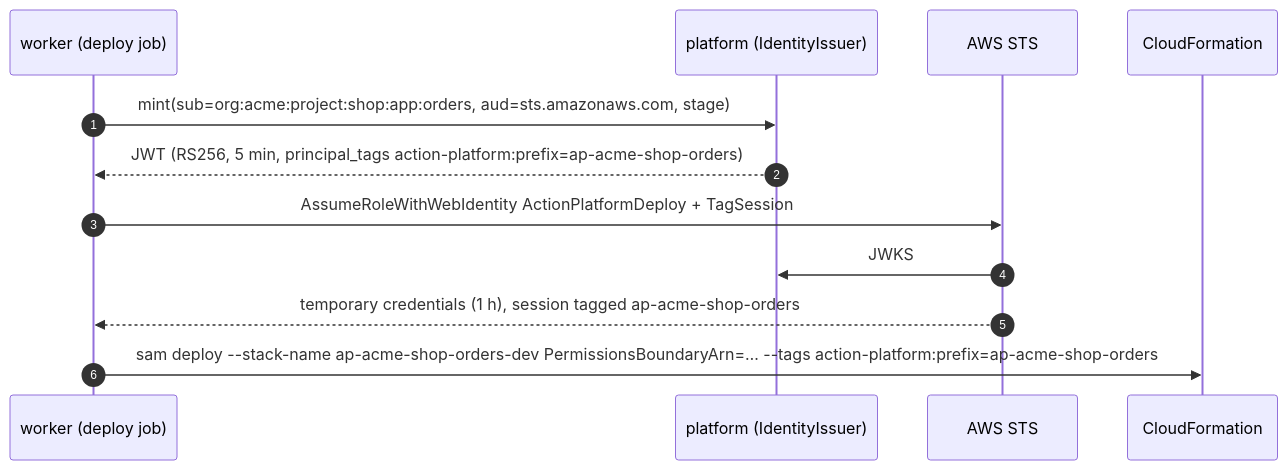
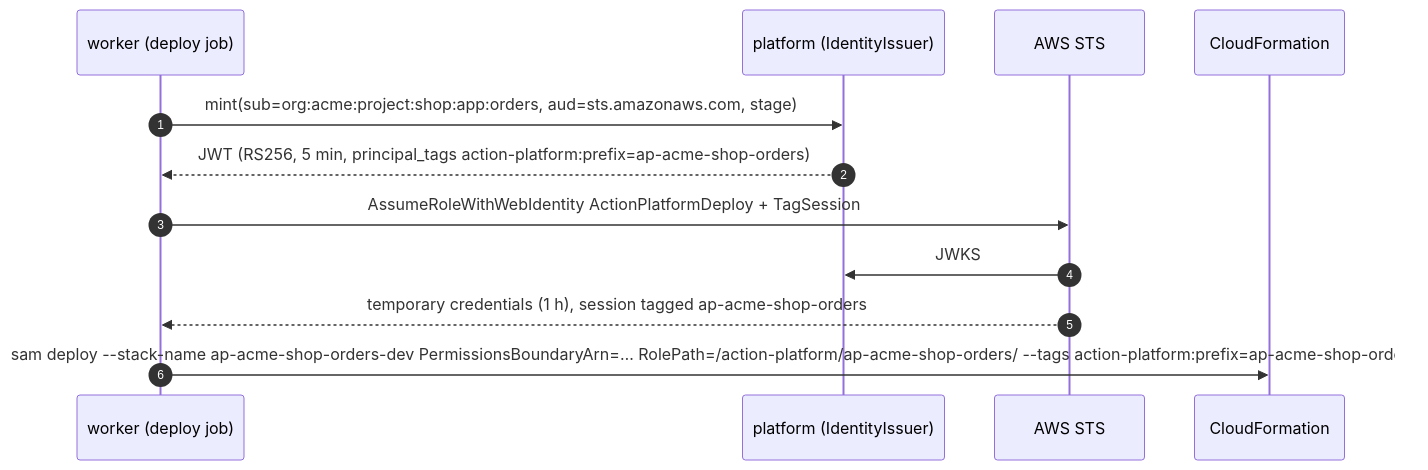
One commit to actionplatform/action-platform changed the second of 2 diagrams in docs/concept_identity.md. Above: the diagram before and after it, drawn with Mermaid. The commit also changed other lines of this file and 7 other files, not shown here.

````diff
--- a/docs/concept_identity.md
+++ b/docs/concept_identity.md
@@ -42,15 +44,15 @@
 ```mermaid
 sequenceDiagram
     autonumber
     participant W as worker (deploy job)
     participant P as platform (IdentityIssuer)
     participant STS as AWS STS
     participant CF as CloudFormation
 
     W->>P: mint(sub=org:acme:project:shop:app:orders, aud=sts.amazonaws.com, stage)
     P-->>W: JWT (RS256, 5 min, principal_tags action-platform:prefix=ap-acme-shop-orders)
     W->>STS: AssumeRoleWithWebIdentity ActionPlatformDeploy + TagSession
     STS->>P: JWKS
     STS-->>W: temporary credentials (1 h), session tagged ap-acme-shop-orders
-    W->>CF: sam deploy --stack-name ap-acme-shop-orders-dev PermissionsBoundaryArn=… --tags action-platform:prefix=ap-acme-shop-orders
+    W->>CF: sam deploy --stack-name ap-acme-shop-orders-dev PermissionsBoundaryArn=… RolePath=/action-platform/ap-acme-shop-orders/ --tags action-platform:prefix=ap-acme-shop-orders
 ```
````
